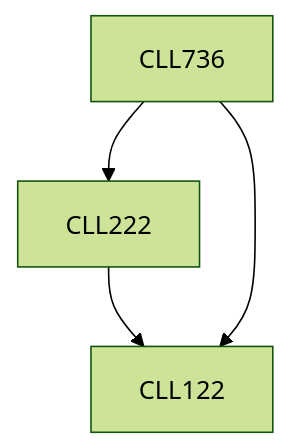
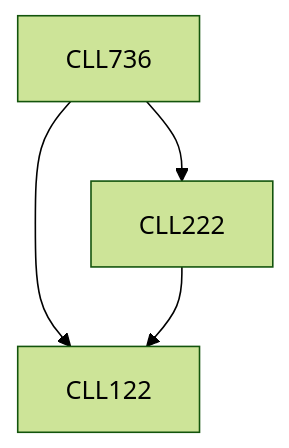
One commit to KeshavBansal0122/CoS_Website changed the diagram in content/Chemical Engineering/CLL736.md. Above: the diagram before and after it, drawn with Mermaid (forest theme). The commit also changed other lines of this file and 2662 other files, not shown here.

````diff
--- a/content/Chemical Engineering/CLL736.md
+++ b/content/Chemical Engineering/CLL736.md
@@ -17,10 +17,10 @@
 ```mermaid
 flowchart TD
 CLL736-140[CLL736]
+CLL736-140 --> CLL122-140[CLL122]
+CLL736-140 --> CLL222-140[CLL222]
 CLL222-140 --> CLL122-140[CLL122]
-CLL736-140 --> CLL222-140[CLL222]
-CLL736-140 --> CLL122-140[CLL122]
 
 classDef empty height:17px, fill:transparent, stroke:transparent;
 classDef trueEmpty height:0px, width:0px;
 ```
````
